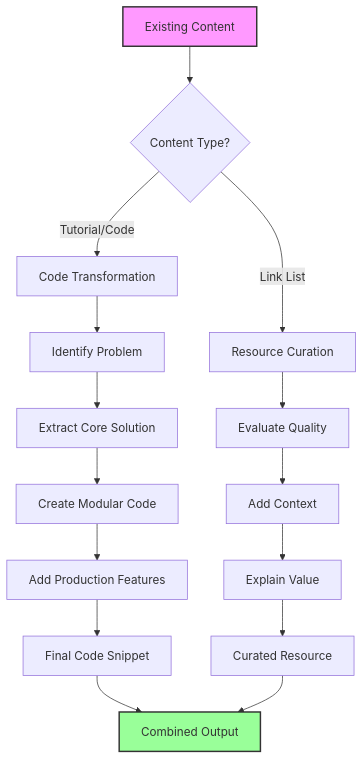
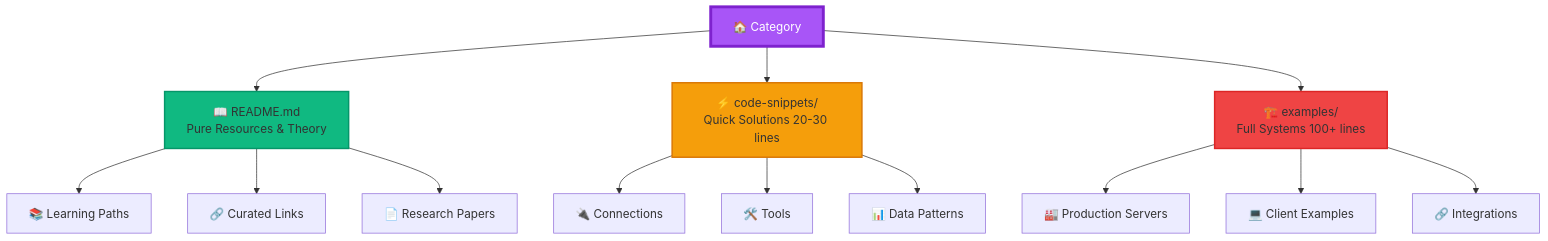
Before and after one commit to umitkacar/Problem-Solving-Code-Snippets-Resource-Curation: the second of 4 diagrams in README.md, drawn with Mermaid. The commit also changed other lines of this file, not shown here.

````diff
--- a/README.md
+++ b/README.md
@@ -405,23 +174,23 @@
 ```mermaid
-graph TB
-    A[Existing Content] --> B{Content Type?}
-    B -->|Tutorial/Code| C[Code Transformation]
-    B -->|Link List| D[Resource Curation]
-    
-    C --> E[Identify Problem]
-    E --> F[Extract Core Solution]
-    F --> G[Create Modular Code]
-    G --> H[Add Production Features]
-    H --> I[Final Code Snippet]
-    
-    D --> J[Evaluate Quality]
-    J --> K[Add Context]
-    K --> L[Explain Value]
-    L --> M[Curated Resource]
-    
-    I --> N[Combined Output]
-    M --> N
-    
-    style A fill:#f9f,stroke:#333,stroke-width:2px
-    style N fill:#9f9,stroke:#333,stroke-width:2px
+graph TD
+    A[🏠 Category] --> B[📖 README.md<br/>Pure Resources & Theory]
+    A --> C[⚡ code-snippets/<br/>Quick Solutions 20-30 lines]
+    A --> D[🏗️ examples/<br/>Full Systems 100+ lines]
+
+    B --> E[📚 Learning Paths]
+    B --> F[🔗 Curated Links]
+    B --> G[📄 Research Papers]
+
+    C --> H[🔌 Connections]
+    C --> I[🛠️ Tools]
+    C --> J[📊 Data Patterns]
+
+    D --> K[🏭 Production Servers]
+    D --> L[💻 Client Examples]
+    D --> M[🔗 Integrations]
+
+    style A fill:#a855f7,stroke:#7e22ce,stroke-width:4px,color:#fff
+    style B fill:#10b981,stroke:#059669,stroke-width:2px
+    style C fill:#f59e0b,stroke:#d97706,stroke-width:2px
+    style D fill:#ef4444,stroke:#dc2626,stroke-width:2px
 ```
````
